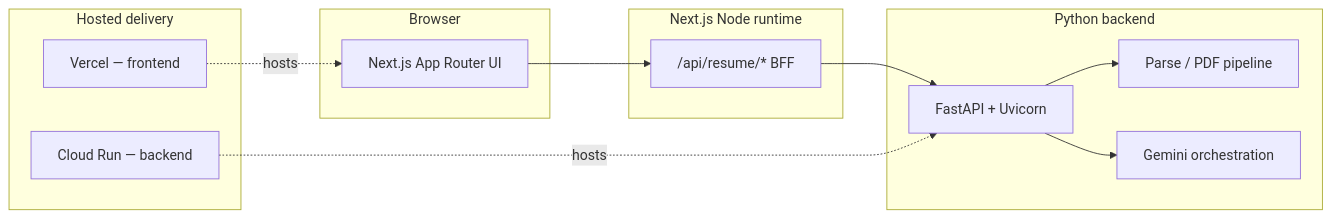
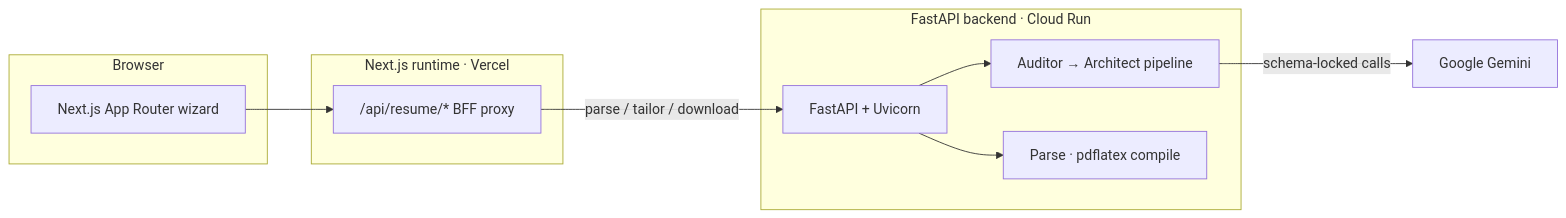
One commit to Saurav02022/resume-builder changed the first of 2 diagrams in README.md. Above: the diagram before and after it, drawn with Mermaid. The commit also changed other lines of this file, not shown here.

````diff
--- a/README.md
+++ b/README.md
@@ -43,24 +44,21 @@
 ```mermaid
 flowchart LR
-  subgraph client [Browser]
-    UI[Next.js App Router UI]
+  subgraph browser [Browser]
+    UI[Next.js App Router wizard]
   end
-  subgraph next [Next.js Node runtime]
-    BFF["/api/resume/* BFF"]
+  subgraph next [Next.js runtime · Vercel]
+    BFF["/api/resume/* BFF proxy"]
   end
-  subgraph py [Python backend]
+  subgraph py [FastAPI backend · Cloud Run]
     API[FastAPI + Uvicorn]
-    DOC[Parse / PDF pipeline]
-    AI[Gemini orchestration]
+    PIPE[Auditor → Architect pipeline]
+    DOC[Parse · pdflatex compile]
   end
-  subgraph cloud [Hosted delivery]
-    Vercel[Vercel — frontend]
-    GCP[Cloud Run — backend]
-  end
+  gemini[Google Gemini]
+
   UI --> BFF
-  BFF --> API
+  BFF -->|parse / tailor / download| API
+  API --> PIPE
   API --> DOC
-  API --> AI
-  Vercel -. hosts .-> UI
-  GCP -. hosts .-> API
+  PIPE -->|schema-locked calls| gemini
 ```
````
